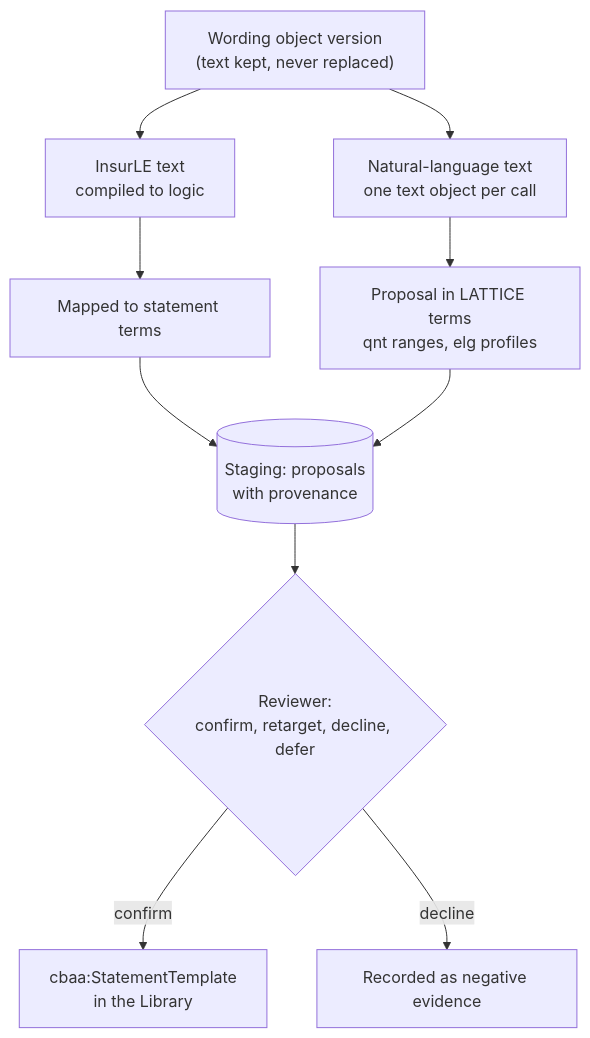
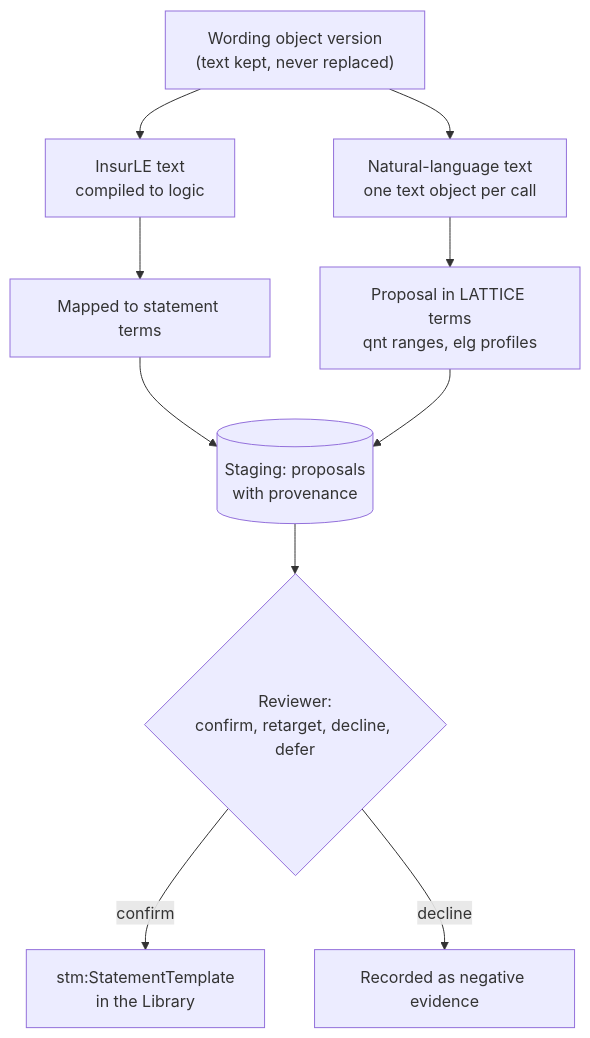
Before and after one commit to nebularis/open-cbaa: the seventh of 52 diagrams in docs/architecture.md, drawn with Mermaid. The commit also changed other lines of this file and 44 other files, not shown here.

````diff
--- a/docs/architecture.md
+++ b/docs/architecture.md
@@ -210,13 +211,13 @@
 ```mermaid
 flowchart TB
     W["Wording object version<br/>(text kept, never replaced)"]
     W --> CNL["InsurLE text<br/>compiled to logic"]
     W --> LLM["Natural-language text<br/>one text object per call"]
     CNL --> MAP["Mapped to statement terms"]
     LLM --> PROP["Proposal in LATTICE terms<br/>qnt ranges, elg profiles"]
     MAP --> STAGE[("Staging: proposals<br/>with provenance")]
     PROP --> STAGE
     STAGE --> R{"Reviewer:<br/>confirm, retarget, decline, defer"}
-    R -- "confirm" --> T["cbaa:StatementTemplate<br/>in the Library"]
+    R -- "confirm" --> T["stm:StatementTemplate<br/>in the Library"]
     R -- "decline" --> NEG["Recorded as negative evidence"]
 ```
````
